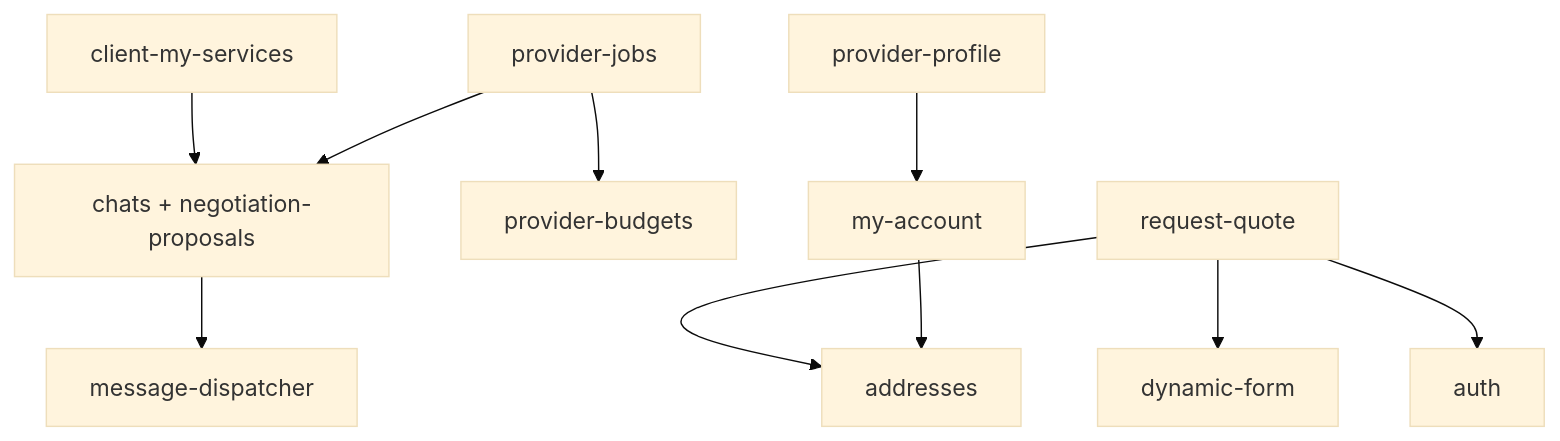
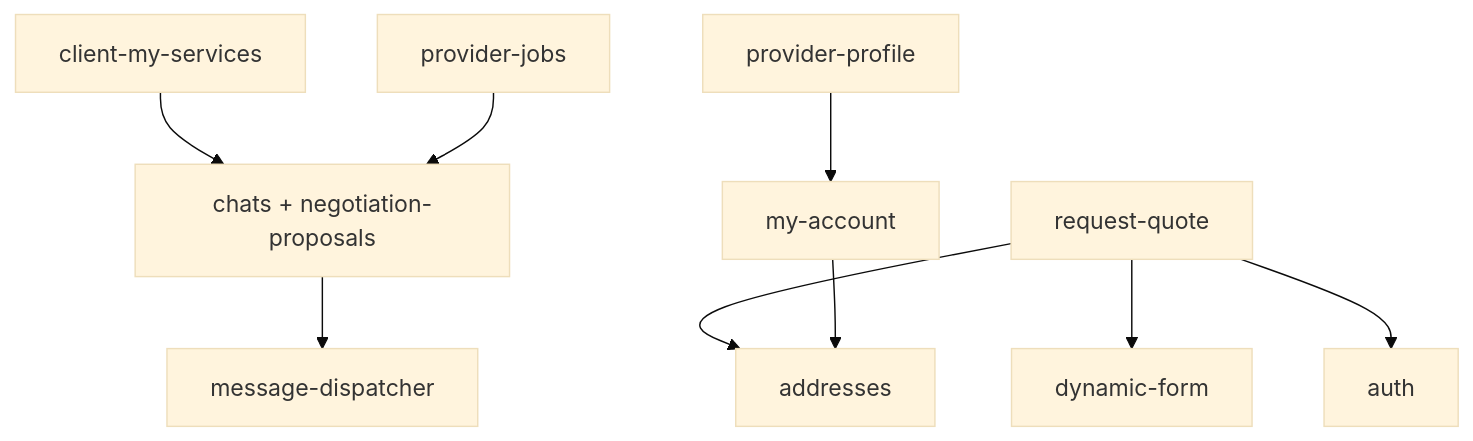
One commit to higorpo/renovi-orbit-test changed the diagram in docs/business/02-mapa-de-modulos-e-features.md. Above: the diagram before and after it, drawn with Mermaid (base theme). The commit also changed other lines of this file and 61 other files, not shown here.

````diff
--- a/docs/business/02-mapa-de-modulos-e-features.md
+++ b/docs/business/02-mapa-de-modulos-e-features.md
@@ -67,23 +66,21 @@
 ```mermaid
 flowchart TB
   RQ[request-quote]
   DF[dynamic-form]
   AD[addresses]
   AU[auth]
   CM[client-my-services]
   PJ[provider-jobs]
-  PB[provider-budgets]
   PP[provider-profile]
   MA[my-account]
   CH[chats + negotiation-proposals]
   MD[message-dispatcher]
   RQ --> DF
   RQ --> AD
   RQ --> AU
   CM --> CH
-  PJ --> PB
   MA --> AD
   PP --> MA
   PJ --> CH
   CH --> MD
 ```
````
